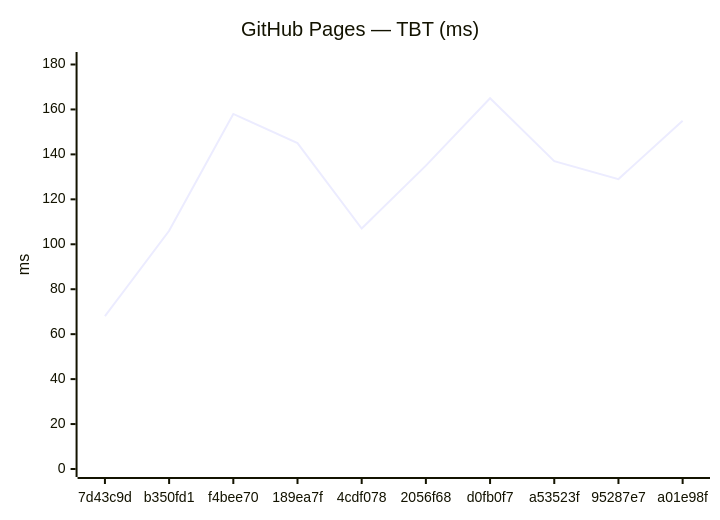
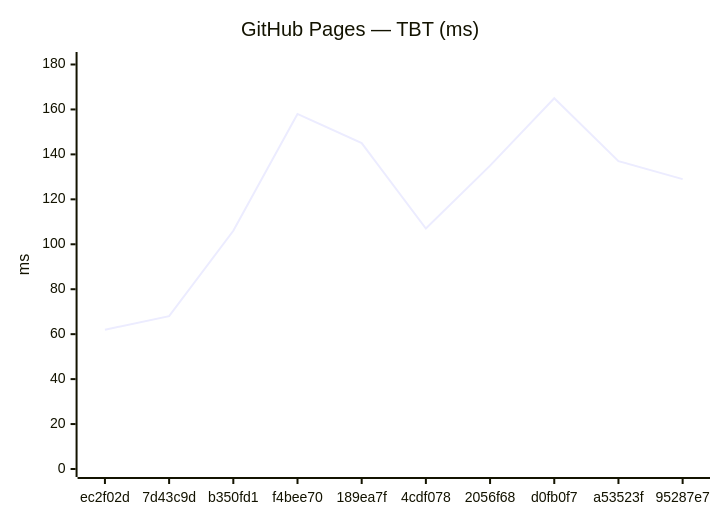
Before and after one commit to Metaheurist/Rianell: the fourth of 18 diagrams in benchmarks/compare.md, drawn with Mermaid. The commit also changed other lines of this file and 11 other files, not shown here.

````diff
--- a/benchmarks/compare.md
+++ b/benchmarks/compare.md
@@ -61,7 +61,7 @@
 ```mermaid
 xychart-beta
     title "GitHub Pages — TBT (ms)"
-    x-axis ["7d43c9d", "b350fd1", "f4bee70", "189ea7f", "4cdf078", "2056f68", "d0fb0f7", "a53523f", "95287e7", "a01e98f"]
+    x-axis ["ec2f02d", "7d43c9d", "b350fd1", "f4bee70", "189ea7f", "4cdf078", "2056f68", "d0fb0f7", "a53523f", "95287e7"]
     y-axis "ms" 0 --> 182
-    line [68, 106, 158, 145, 107, 135, 165, 137, 129, 155]
+    line [62, 68, 106, 158, 145, 107, 135, 165, 137, 129]
 ```
````
